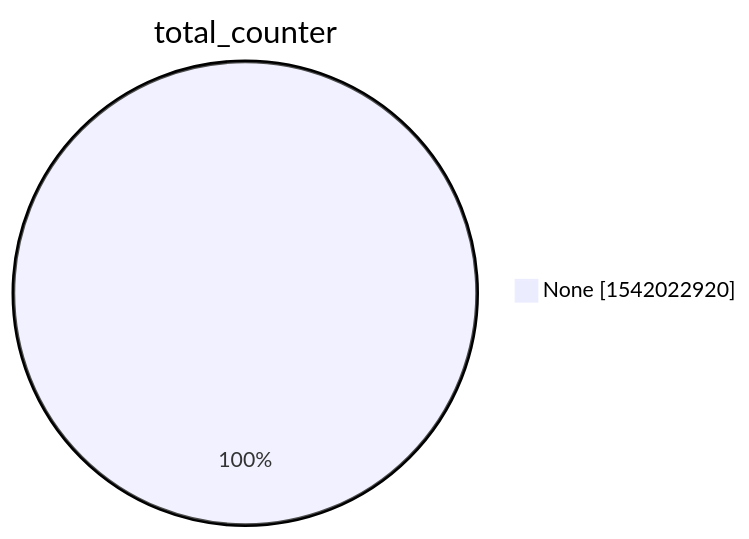
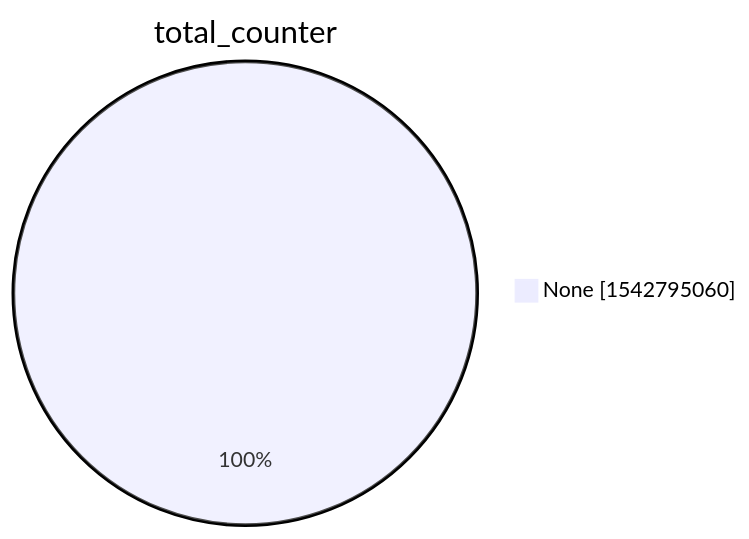
The second of 15 diagrams in xenon2022/README.md (christiankrug/ctmonitor_visualization), drawn with Mermaid before and after one commit. The commit also changed other lines of this file, not shown here.

````diff
--- a/xenon2022/README.md
+++ b/xenon2022/README.md
@@ -9,5 +9,5 @@
 ```mermaid
 pie showData
 title total_counter
-"None" :1542022920
+"None" :1542795060
 ```
````
